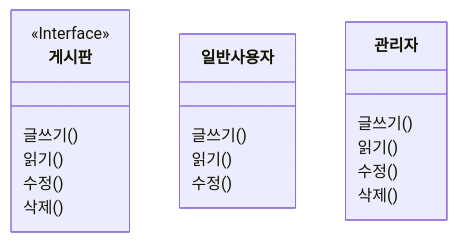
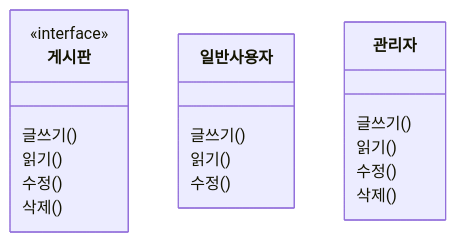
The fifth of 5 diagrams in _notes/oop/solid/4-isp.md (choesimin/choesimin.github.io), drawn with Mermaid before and after one commit. The commit also changed other lines of this file and 10 other files, not shown here.

````diff
--- a/_notes/oop/solid/4-isp.md
+++ b/_notes/oop/solid/4-isp.md
@@ -370,22 +370,22 @@
 ```mermaid
 classDiagram
 
 class 게시판 {
-    <<Interface>>
+    <<interface>>
     글쓰기()
     읽기()
     수정()
     삭제()
 }
 class 일반사용자 {
     글쓰기()
     읽기()
     수정()
 }
 class 관리자 {
     글쓰기()
     읽기()
     수정()
     삭제()
 }
 ```
````
